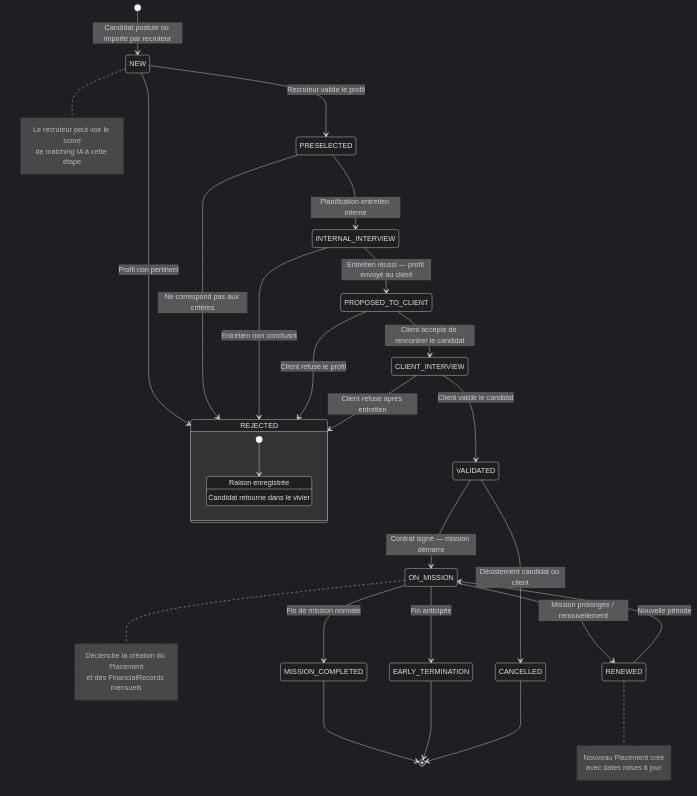
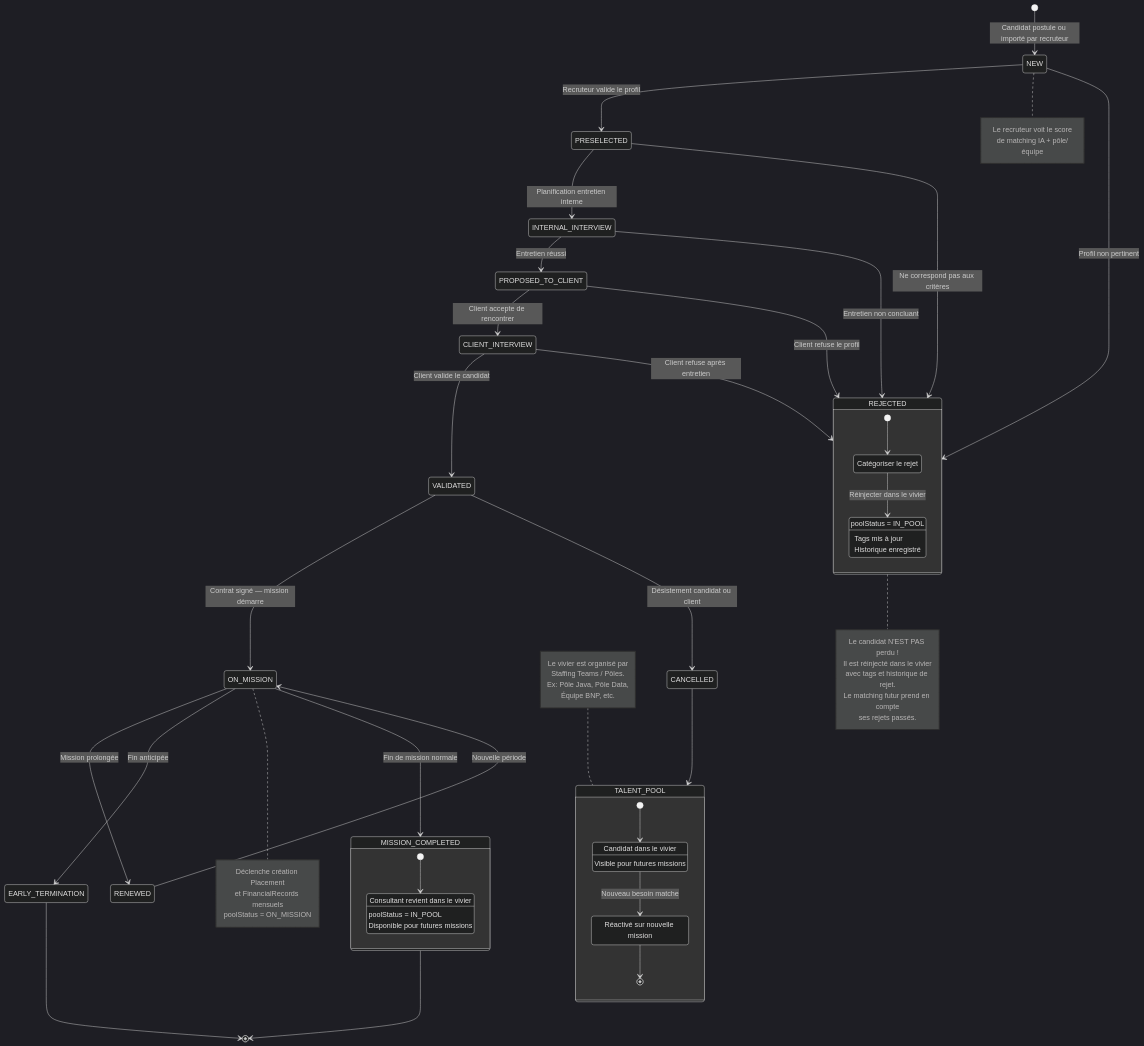
Before and after one commit to MisterRaymond/staffing-ai-architecture: the diagram in docs/diagrams/domain/pipeline-states.md, drawn with Mermaid (dark theme). The commit also changed 10 other files, not shown here.

````diff
--- a/docs/diagrams/domain/pipeline-states.md
+++ b/docs/diagrams/domain/pipeline-states.md
@@ -10,10 +10,10 @@
     PRESELECTED --> INTERNAL_INTERVIEW: Planification entretien interne
     PRESELECTED --> REJECTED: Ne correspond pas aux critères
     
-    INTERNAL_INTERVIEW --> PROPOSED_TO_CLIENT: Entretien réussi — profil envoyé au client
+    INTERNAL_INTERVIEW --> PROPOSED_TO_CLIENT: Entretien réussi
     INTERNAL_INTERVIEW --> REJECTED: Entretien non concluant
     
-    PROPOSED_TO_CLIENT --> CLIENT_INTERVIEW: Client accepte de rencontrer le candidat
+    PROPOSED_TO_CLIENT --> CLIENT_INTERVIEW: Client accepte de rencontrer
     PROPOSED_TO_CLIENT --> REJECTED: Client refuse le profil
     
     CLIENT_INTERVIEW --> VALIDATED: Client valide le candidat
@@ -23,33 +23,64 @@
     VALIDATED --> CANCELLED: Désistement candidat ou client
     
     ON_MISSION --> MISSION_COMPLETED: Fin de mission normale
-    ON_MISSION --> RENEWED: Mission prolongée / renouvellement
+    ON_MISSION --> RENEWED: Mission prolongée
     ON_MISSION --> EARLY_TERMINATION: Fin anticipée
     
     RENEWED --> ON_MISSION: Nouvelle période
 
     state REJECTED {
-        [*] --> rejection_logged
-        rejection_logged: Raison enregistrée
-        rejection_logged: Candidat retourne dans le vivier
+        [*] --> analyze_rejection
+        analyze_rejection: Catégoriser le rejet
+        analyze_rejection --> reinject_pool: Réinjecter dans le vivier
+        reinject_pool: poolStatus = IN_POOL
+        reinject_pool: Tags mis à jour
+        reinject_pool: Historique enregistré
+    }
+
+    state MISSION_COMPLETED {
+        [*] --> back_to_pool
+        back_to_pool: Consultant revient dans le vivier
+        back_to_pool: poolStatus = IN_POOL
+        back_to_pool: Disponible pour futures missions
+    }
+
+    CANCELLED --> TALENT_POOL
+
+    state TALENT_POOL {
+        [*] --> in_pool
+        in_pool: Candidat dans le vivier
+        in_pool: Visible pour futures missions
+        in_pool --> reactivated: Nouveau besoin matche
+        reactivated: Réactivé sur nouvelle mission
+        reactivated --> [*]
     }
 
     MISSION_COMPLETED --> [*]
     EARLY_TERMINATION --> [*]
-    CANCELLED --> [*]
 
     note right of NEW
-        Le recruteur peut voir le score
-        de matching IA à cette étape
+        Le recruteur voit le score
+        de matching IA + pôle/équipe
     end note
 
     note right of ON_MISSION
-        Déclenche la création du Placement
-        et des FinancialRecords mensuels
+        Déclenche création Placement
+        et FinancialRecords mensuels
+        poolStatus = ON_MISSION
     end note
 
-    note right of RENEWED
-        Nouveau Placement créé
-        avec dates mises à jour
+    note right of REJECTED
+        Le candidat N'EST PAS perdu !
+        Il est réinjecté dans le vivier
+        avec tags et historique de rejet.
+        Le matching futur prend en compte
+        ses rejets passés.
+    end note
+
+    note left of TALENT_POOL
+        Le vivier est organisé par
+        Staffing Teams / Pôles.
+        Ex: Pôle Java, Pôle Data,
+        Équipe BNP, etc.
     end note
 ```
````
